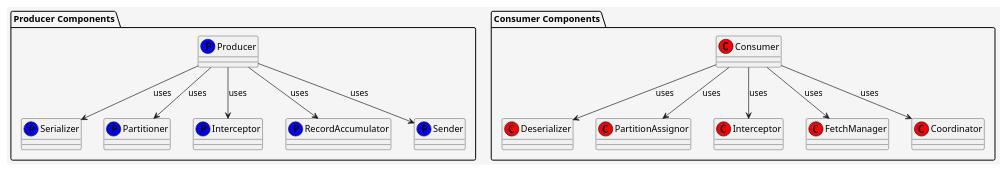
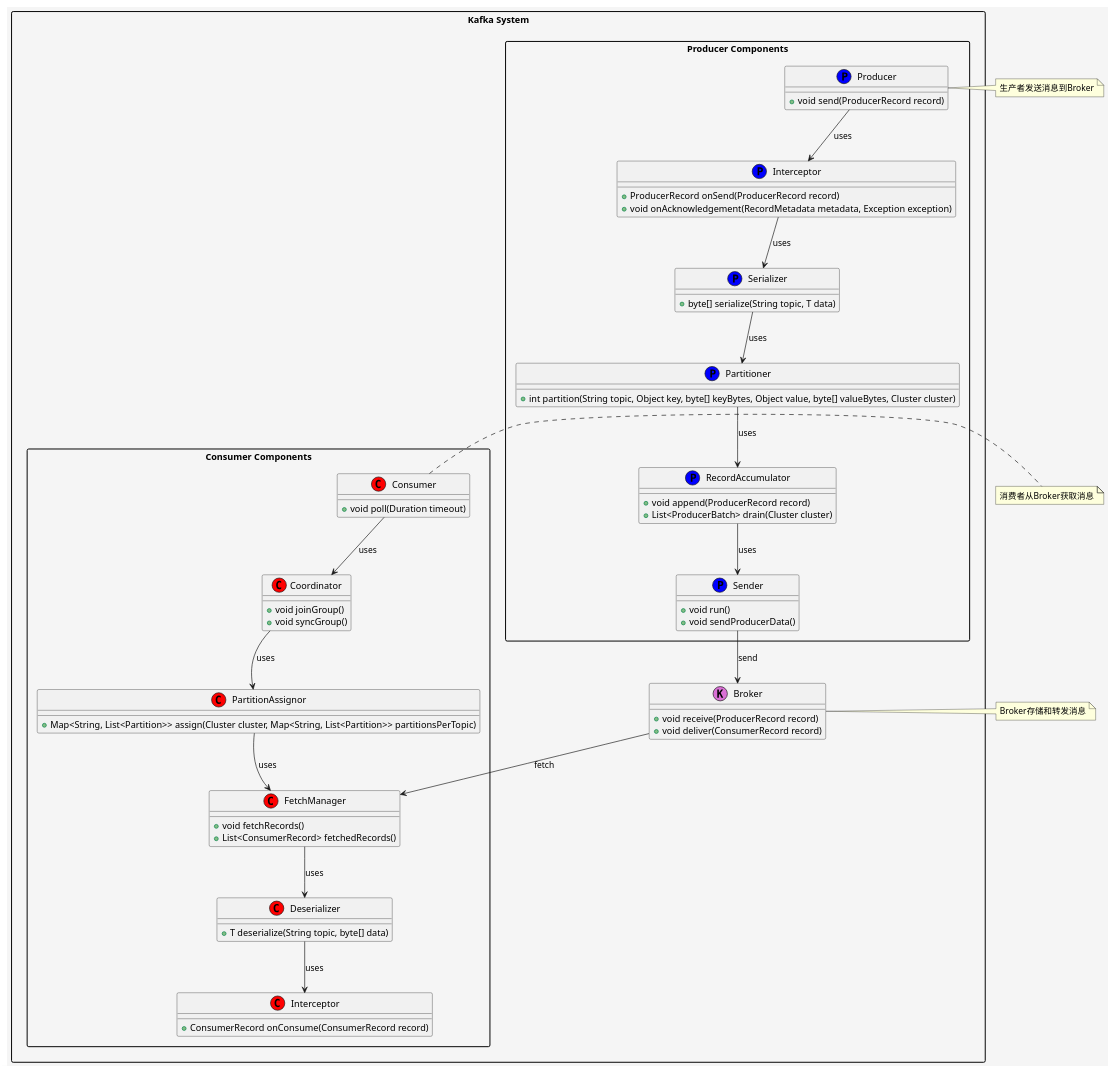
Before and after one commit to huangyingw/system_design: the diagram in architecture_diagrams/kafka_producer_consumer_detailed_structure.puml, drawn with PlantUML.

```diff
--- a/architecture_diagrams/kafka_producer_consumer_detailed_structure.puml
+++ b/architecture_diagrams/kafka_producer_consumer_detailed_structure.puml
@@ -1,33 +1,79 @@
 @startuml
 skinparam backgroundColor #F5F5F5
+skinparam packageStyle rectangle
 
-package "Producer Components" {
-    class Serializer << (P,blue) >>
-    class Partitioner << (P,blue) >>
-    class Interceptor << (P,blue) >>
-    class RecordAccumulator << (P,blue) >>
-    class Sender << (P,blue) >>
-    class Producer << (P,blue) >>
+package "Kafka System" {
     
-    Producer --> Serializer : uses
-    Producer --> Partitioner : uses
-    Producer --> Interceptor : uses
-    Producer --> RecordAccumulator : uses
-    Producer --> Sender : uses
+    package "Producer Components" {
+        class Producer << (P,blue) >> {
+            +void send(ProducerRecord record)
+        }
+        class Serializer << (P,blue) >> {
+            +byte[] serialize(String topic, T data)
+        }
+        class Partitioner << (P,blue) >> {
+            +int partition(String topic, Object key, byte[] keyBytes, Object value, byte[] valueBytes, Cluster cluster)
+        }
+        class Interceptor << (P,blue) >> {
+            +ProducerRecord onSend(ProducerRecord record)
+            +void onAcknowledgement(RecordMetadata metadata, Exception exception)
+        }
+        class RecordAccumulator << (P,blue) >> {
+            +void append(ProducerRecord record)
+            +List<ProducerBatch> drain(Cluster cluster)
+        }
+        class Sender << (P,blue) >> {
+            +void run()
+            +void sendProducerData()
+        }
+        
+        Producer --> Interceptor : uses
+        Interceptor --> Serializer : uses
+        Serializer --> Partitioner : uses
+        Partitioner --> RecordAccumulator : uses
+        RecordAccumulator --> Sender : uses
+    }
+
+    class Broker << (K,orchid) >> {
+        +void receive(ProducerRecord record)
+        +void deliver(ConsumerRecord record)
+    }
+
+    package "Consumer Components" {
+        class Consumer << (C,red) >> {
+            +void poll(Duration timeout)
+        }
+        class Deserializer << (C,red) >> {
+            +T deserialize(String topic, byte[] data)
+        }
+        class PartitionAssignor << (C,red) >> {
+            +Map<String, List<Partition>> assign(Cluster cluster, Map<String, List<Partition>> partitionsPerTopic)
+        }
+        class Interceptor << (C,red) >> {
+            +ConsumerRecord onConsume(ConsumerRecord record)
+        }
+        class FetchManager << (C,red) >> {
+            +void fetchRecords()
+            +List<ConsumerRecord> fetchedRecords()
+        }
+        class Coordinator << (C,red) >> {
+            +void joinGroup()
+            +void syncGroup()
+        }
+        
+        Consumer --> Coordinator : uses
+        Coordinator --> PartitionAssignor : uses
+        PartitionAssignor --> FetchManager : uses
+        FetchManager --> Deserializer : uses
+        Deserializer --> Interceptor : uses
+    }
+
+    Sender --> Broker : send
+    Broker --> FetchManager : fetch
 }
 
-package "Consumer Components" {
-    class Deserializer << (C,red) >>
-    class PartitionAssignor << (C,red) >>
-    class Interceptor << (C,red) >>
-    class FetchManager << (C,red) >>
-    class Coordinator << (C,red) >>
-    class Consumer << (C,red) >>
-    
-    Consumer --> Deserializer : uses
-    Consumer --> PartitionAssignor : uses
-    Consumer --> Interceptor : uses
-    Consumer --> FetchManager : uses
-    Consumer --> Coordinator : uses
-}
+note right of Producer : 生产者发送消息到Broker
+note right of Broker : Broker存储和转发消息
+note right of Consumer : 消费者从Broker获取消息
+
 @enduml
```
